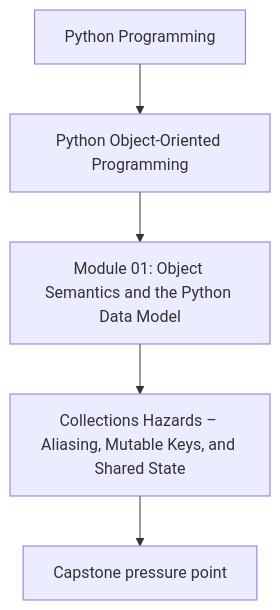
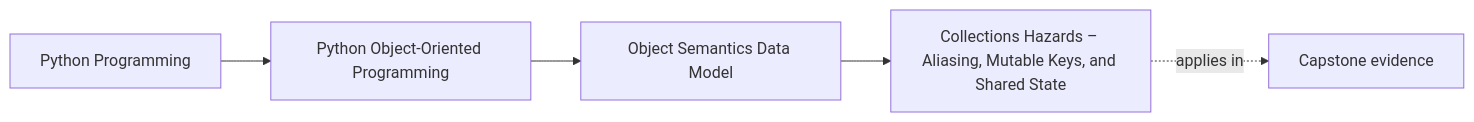
One commit to bijux/bijux-masterclass changed the first of 2 diagrams in programs/python-programming/python-object-oriented-programming/course-book/module-01-object-semantics-data-model/aliasing-mutable-keys-and-shared-state.md. Above: the diagram before and after it, drawn with Mermaid. The commit also changed other lines of this file and 65 other files, not shown here.

Commit message:
docs(python-object-oriented-programming): map object model and design foundations

````diff
--- a/programs/python-programming/python-object-oriented-programming/course-book/module-01-object-semantics-data-model/aliasing-mutable-keys-and-shared-state.md
+++ b/programs/python-programming/python-object-oriented-programming/course-book/module-01-object-semantics-data-model/aliasing-mutable-keys-and-shared-state.md
@@ -7,7 +7,11 @@
 ```mermaid
-flowchart TD
-  family["Python Programming"] --> program["Python Object-Oriented Programming"]
-  program --> module["Module 01: Object Semantics and the Python Data Model"]
-  module --> concept["Collections Hazards – Aliasing, Mutable Keys, and Shared State"]
-  concept --> capstone["Capstone pressure point"]
+graph LR
+  family["Python Programming"]
+  program["Python Object-Oriented Programming"]
+  section["Object Semantics Data Model"]
+  page["Collections Hazards – Aliasing, Mutable Keys, and Shared State"]
+  capstone["Capstone evidence"]
+
+  family --> program --> section --> page
+  page -.applies in.-> capstone
 ```
````
